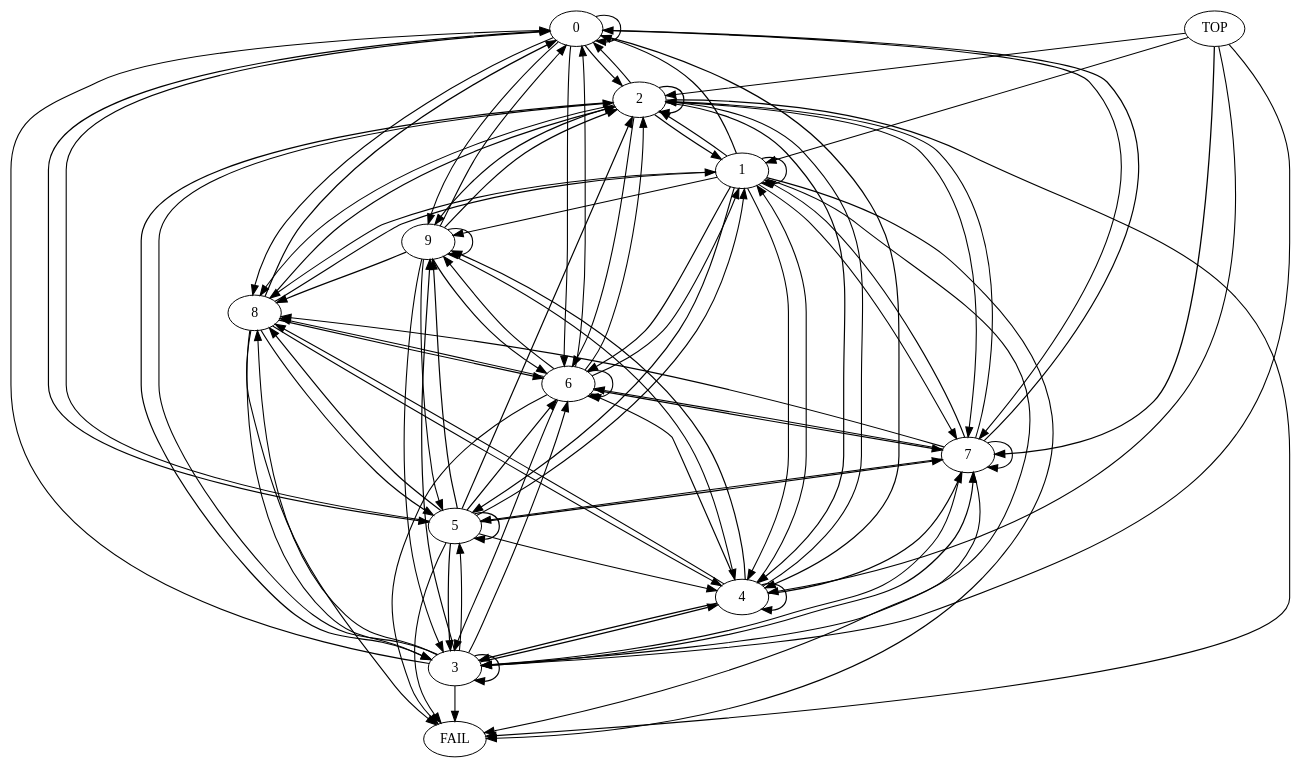
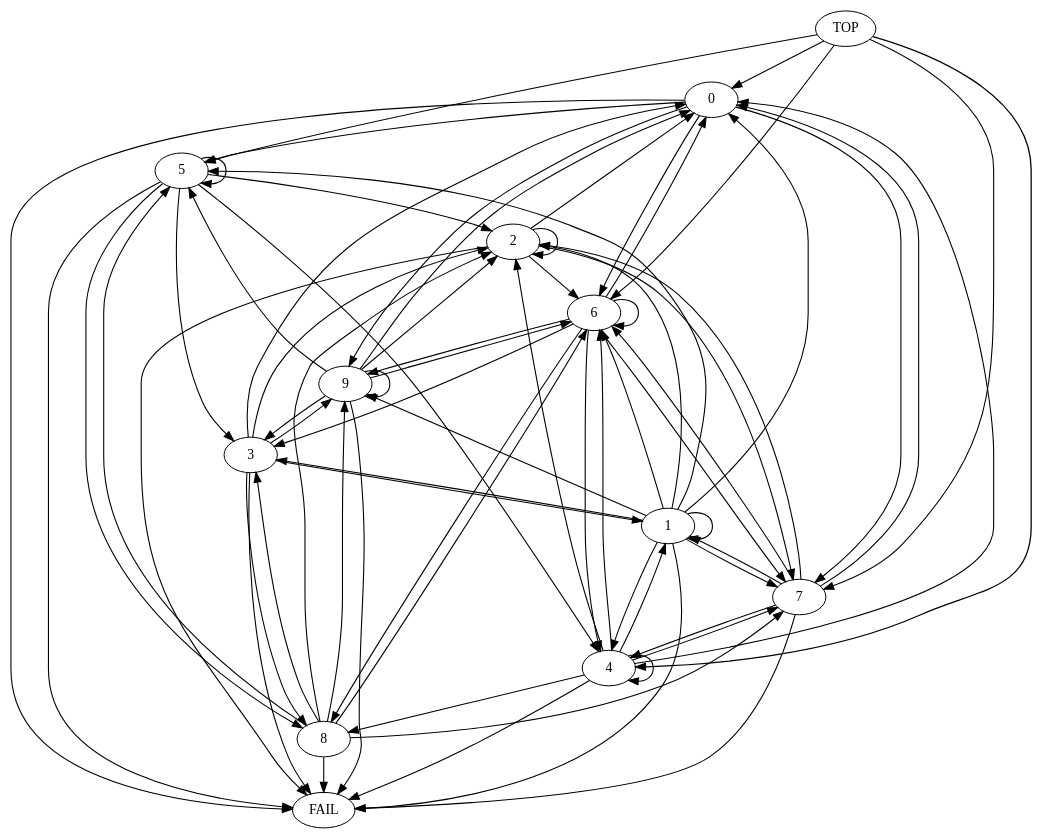
One commit to LostBitset/quiver_se changed the diagram in quiver-gviz/reprdigraph.dot. Above: the diagram before and after it, drawn with Graphviz. The commit also changed 14 other files, not shown here.

```diff
--- a/quiver-gviz/reprdigraph.dot
+++ b/quiver-gviz/reprdigraph.dot
@@ -1,113 +1,88 @@
 digraph  {
 	
-	n1[label="0"];
-	n11[label="1"];
-	n6[label="2"];
-	n10[label="3"];
-	n7[label="4"];
-	n5[label="5"];
-	n4[label="6"];
-	n3[label="7"];
-	n2[label="8"];
-	n8[label="9"];
-	n9[label="FAIL"];
-	n12[label="TOP"];
-	n1->n8[penwidth="1.1"];
-	n1->n6[penwidth="1.2"];
+	n4[label="0"];
+	n12[label="1"];
+	n5[label="2"];
+	n3[label="3"];
+	n8[label="4"];
+	n2[label="5"];
+	n7[label="6"];
+	n10[label="7"];
+	n9[label="8"];
+	n1[label="9"];
+	n6[label="FAIL"];
+	n11[label="TOP"];
+	n4->n10[penwidth="1.1"];
+	n4->n2[penwidth="1.1"];
+	n4->n1[penwidth="1.1"];
+	n4->n7[penwidth="1.1"];
+	n4->n6[penwidth="1.1"];
+	n12->n4[penwidth="1.1"];
+	n12->n5[penwidth="1.1"];
+	n12->n3[penwidth="1.1"];
+	n12->n8[penwidth="1.1"];
+	n12->n1[penwidth="1.1"];
+	n12->n6[penwidth="1.1"];
+	n12->n12[penwidth="1.1"];
+	n12->n7[penwidth="1.1"];
+	n12->n10[penwidth="1.1"];
+	n12->n2[penwidth="1.1"];
+	n5->n7[penwidth="1.1"];
+	n5->n6[penwidth="1.1"];
+	n5->n5[penwidth="1.1"];
+	n5->n4[penwidth="1.1"];
+	n5->n10[penwidth="1.1"];
+	n3->n1[penwidth="1.1"];
+	n3->n9[penwidth="1.1"];
+	n3->n5[penwidth="1.1"];
+	n3->n4[penwidth="1.1"];
+	n3->n6[penwidth="1.1"];
+	n3->n12[penwidth="1.1"];
+	n8->n8[penwidth="1.1"];
+	n8->n5[penwidth="1.1"];
+	n8->n12[penwidth="1.1"];
+	n8->n4[penwidth="1.1"];
+	n8->n7[penwidth="1.1"];
+	n8->n10[penwidth="1.1"];
+	n8->n6[penwidth="1.1"];
+	n8->n9[penwidth="1.1"];
+	n2->n6[penwidth="1.1"];
+	n2->n8[penwidth="1.1"];
+	n2->n2[penwidth="1.1"];
+	n2->n9[penwidth="1.1"];
+	n2->n5[penwidth="1.1"];
+	n2->n3[penwidth="1.1"];
+	n7->n10[penwidth="1.1"];
+	n7->n1[penwidth="1.1"];
+	n7->n3[penwidth="1.1"];
+	n7->n4[penwidth="1.1"];
+	n7->n9[penwidth="1.1"];
+	n7->n8[penwidth="1.1"];
+	n7->n7[penwidth="1.1"];
+	n10->n8[penwidth="1.1"];
+	n10->n4[penwidth="1.1"];
+	n10->n5[penwidth="1.1"];
+	n10->n6[penwidth="1.1"];
+	n10->n7[penwidth="1.1"];
+	n10->n12[penwidth="1.1"];
+	n9->n2[penwidth="1.1"];
+	n9->n1[penwidth="1.1"];
+	n9->n6[penwidth="1.1"];
+	n9->n3[penwidth="1.1"];
+	n9->n10[penwidth="1.1"];
+	n9->n5[penwidth="1.1"];
+	n9->n7[penwidth="1.1"];
+	n1->n5[penwidth="1.1"];
 	n1->n4[penwidth="1.1"];
+	n1->n6[penwidth="1.1"];
 	n1->n3[penwidth="1.1"];
-	n1->n7[penwidth="1.2"];
+	n1->n7[penwidth="1.1"];
+	n1->n2[penwidth="1.1"];
 	n1->n1[penwidth="1.1"];
-	n1->n5[penwidth="1.2"];
-	n1->n2[penwidth="1.1"];
+	n11->n8[penwidth="1.3"];
+	n11->n4[penwidth="1.1"];
+	n11->n2[penwidth="1.1"];
 	n11->n7[penwidth="1.1"];
 	n11->n10[penwidth="1.1"];
-	n11->n2[penwidth="1.1"];
-	n11->n8[penwidth="1.1"];
-	n11->n5[penwidth="1.2"];
-	n11->n6[penwidth="1.2"];
-	n11->n11[penwidth="1.1"];
-	n11->n1[penwidth="1.2"];
-	n11->n9[penwidth="1.1"];
-	n11->n4[penwidth="1.2"];
-	n11->n3[penwidth="1.1"];
-	n6->n4[penwidth="1.1"];
-	n6->n11[penwidth="1.2"];
-	n6->n10[penwidth="1.2"];
-	n6->n3[penwidth="1.1"];
-	n6->n9[penwidth="1.1"];
-	n6->n2[penwidth="1.1"];
-	n6->n7[penwidth="1.2"];
-	n6->n6[penwidth="1.2"];
-	n6->n1[penwidth="1.1"];
-	n6->n8[penwidth="1.2"];
-	n10->n5[penwidth="1.1"];
-	n10->n8[penwidth="1.2"];
-	n10->n7[penwidth="1.2"];
-	n10->n10[penwidth="1.2"];
-	n10->n1[penwidth="1.1"];
-	n10->n3[penwidth="1.2"];
-	n10->n6[penwidth="1.1"];
-	n10->n2[penwidth="1.1"];
-	n10->n9[penwidth="1.1"];
-	n10->n4[penwidth="1.1"];
-	n7->n2[penwidth="1.1"];
-	n7->n4[penwidth="1.2"];
-	n7->n11[penwidth="1.1"];
-	n7->n6[penwidth="1.1"];
-	n7->n10[penwidth="1.2"];
-	n7->n7[penwidth="1.2"];
-	n7->n8[penwidth="1.2"];
-	n7->n3[penwidth="1.2"];
-	n5->n3[penwidth="1.2"];
-	n5->n8[penwidth="1.2"];
-	n5->n5[penwidth="1.2"];
-	n5->n2[penwidth="1.2"];
-	n5->n6[penwidth="1.2"];
-	n5->n1[penwidth="1.1"];
-	n5->n11[penwidth="1.1"];
-	n5->n4[penwidth="1.2"];
-	n5->n7[penwidth="1.1"];
-	n5->n10[penwidth="1.2"];
-	n5->n9[penwidth="1.1"];
-	n4->n6[penwidth="1.1"];
-	n4->n9[penwidth="1.1"];
-	n4->n11[penwidth="1.1"];
-	n4->n4[penwidth="1.1"];
-	n4->n1[penwidth="1.1"];
-	n4->n2[penwidth="1.1"];
-	n4->n3[penwidth="1.2"];
-	n4->n10[penwidth="1.1"];
-	n4->n8[penwidth="1.1"];
-	n3->n1[penwidth="1.2"];
-	n3->n6[penwidth="1.1"];
-	n3->n4[penwidth="1.1"];
-	n3->n9[penwidth="1.1"];
-	n3->n5[penwidth="1.1"];
-	n3->n2[penwidth="1.1"];
-	n3->n11[penwidth="1.1"];
-	n3->n3[penwidth="1.1"];
-	n3->n10[penwidth="1.1"];
-	n2->n7[penwidth="1.1"];
-	n2->n10[penwidth="1.1"];
-	n2->n11[penwidth="1.2"];
-	n2->n4[penwidth="1.1"];
-	n2->n6[penwidth="1.2"];
-	n2->n1[penwidth="1.2"];
-	n2->n5[penwidth="1.2"];
-	n2->n9[penwidth="1.1"];
-	n8->n6[penwidth="1.2"];
-	n8->n8[penwidth="1.1"];
-	n8->n1[penwidth="1.1"];
-	n8->n5[penwidth="1.1"];
-	n8->n2[penwidth="1.2"];
-	n8->n4[penwidth="1.2"];
-	n8->n10[penwidth="1.1"];
-	n8->n7[penwidth="1.1"];
-	n12->n7[penwidth="1.1"];
-	n12->n11[penwidth="1.1"];
-	n12->n6[penwidth="1.1"];
-	n12->n10[penwidth="1.1"];
-	n12->n3[penwidth="1.3"];
 	
 }
```
